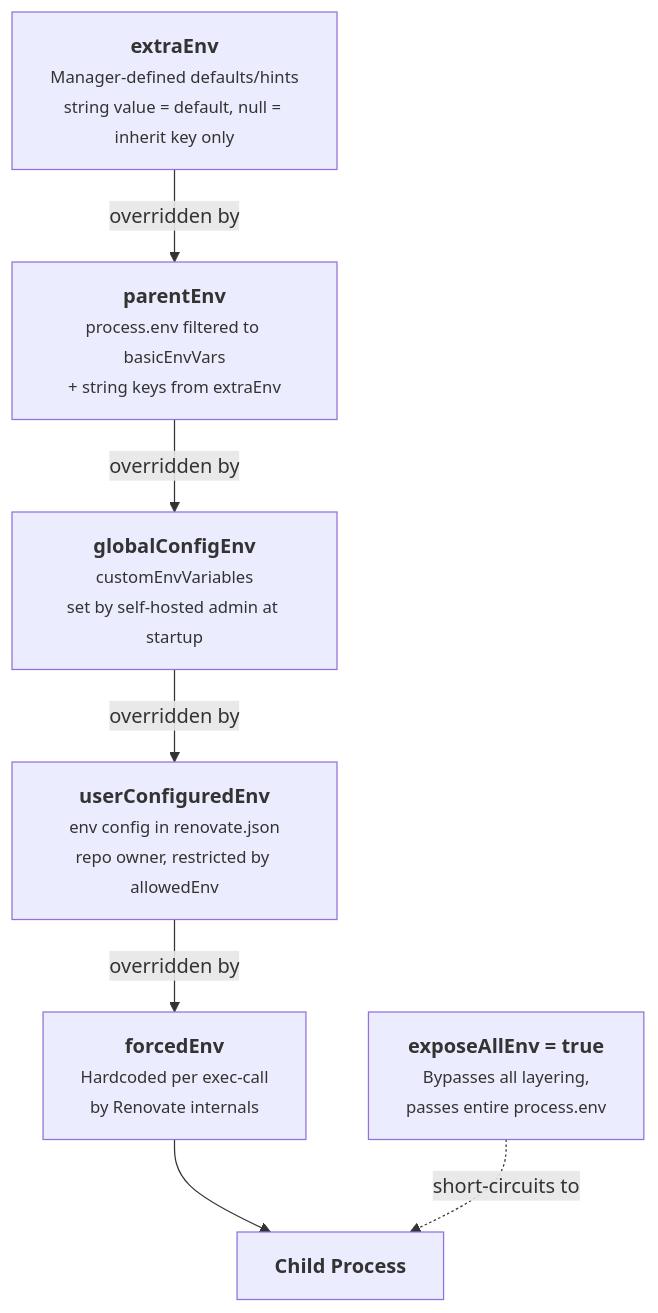
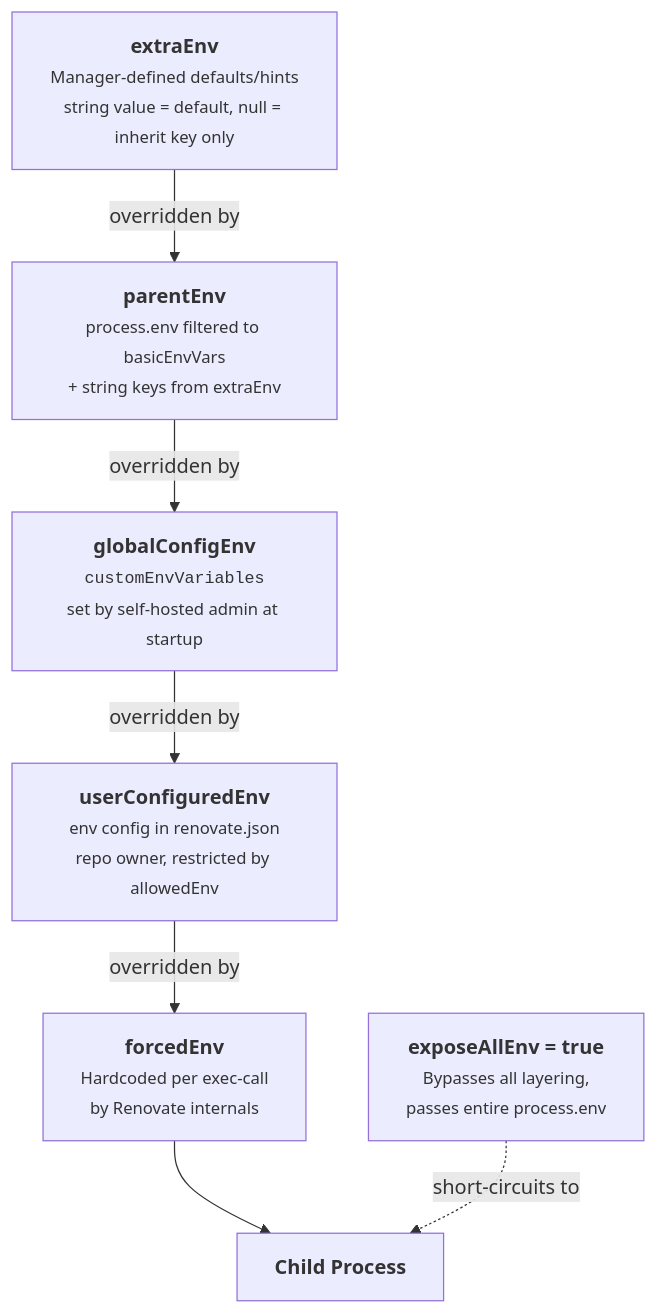
The diagram in docs/usage/environment-variable-handling.md (renovatebot/renovate), drawn with Mermaid before and after one commit.

Commit message:
fixup! fixup! docs: add a "deep dive" on environment variables

````diff
--- a/docs/usage/environment-variable-handling.md
+++ b/docs/usage/environment-variable-handling.md
@@ -49,18 +49,18 @@
 ```mermaid
 flowchart TD
     A["<b>extraEnv</b><br/><small>Manager-defined defaults/hints<br/>string value = default, null = inherit key only</small>"]
     B["<b>parentEnv</b><br/><small>process.env filtered to basicEnvVars<br/>+ string keys from extraEnv</small>"]
-    C["<b>globalConfigEnv</b><br/><small>customEnvVariables<br/>set by self-hosted admin at startup</small>"]
+    C["<b>globalConfigEnv</b><br/><small><code>customEnvVariables</code><br/>set by self-hosted admin at startup</small>"]
     D["<b>userConfiguredEnv</b><br/><small>env config in renovate.json<br/>repo owner, restricted by allowedEnv</small>"]
     E["<b>forcedEnv</b><br/><small>Hardcoded per exec-call<br/>by Renovate internals</small>"]
     F["<b>Child Process</b>"]
 
     A -->|"overridden by"| B
     B -->|"overridden by"| C
     C -->|"overridden by"| D
     D -->|"overridden by"| E
     E --> F
 
     G["<b>exposeAllEnv = true</b><br/><small>Bypasses all layering,<br/>passes entire process.env</small>"]
     G -.->|"short-circuits to"| F
 ```
````
